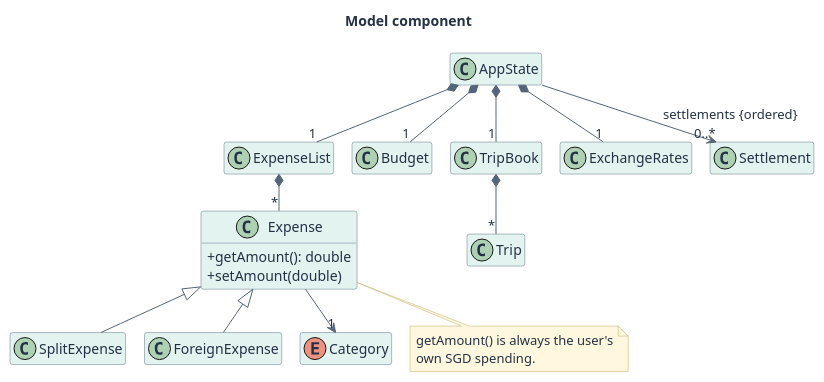
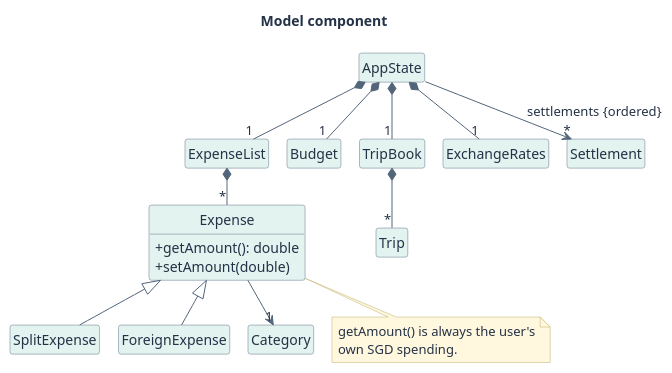
Before and after one commit to AY2627S1-CS2113-W10-1/tp: the diagram in docs/diagrams/ModelClassDiagram.puml, drawn with PlantUML. The commit also changed 18 other files, not shown here.

```diff
--- a/docs/diagrams/ModelClassDiagram.puml
+++ b/docs/diagrams/ModelClassDiagram.puml
@@ -1,44 +1,45 @@
 @startuml
 !pragma layout smetana
 skinparam backgroundColor #FFFFFF
 skinparam defaultFontColor #243247
 skinparam ArrowColor #53657A
 skinparam classBorderColor #60758A
 skinparam classBackgroundColor #E3F3EF
 skinparam classHeaderBackgroundColor #E3F3EF
 skinparam NoteBackgroundColor #FFF8DE
 skinparam NoteBorderColor #BDAA65
 skinparam shadowing false
 skinparam classAttributeIconSize 0
 hide empty members
+hide circle
 title Model component
 class AppState
 class ExpenseList
 class Expense {
   +getAmount(): double
   +setAmount(double)
 }
 class SplitExpense
 class ForeignExpense
 enum Category
 class Budget
 class TripBook
 class Trip
 class ExchangeRates
 class Settlement
 
 AppState *-- "1" ExpenseList
 AppState *-- "1" Budget
 AppState *-- "1" TripBook
 AppState *-- "1" ExchangeRates
-AppState --> "0..*" Settlement : settlements {ordered}
+AppState --> "*" Settlement : settlements {ordered} >
 ExpenseList *-- "*" Expense
 Expense <|-- SplitExpense
 Expense <|-- ForeignExpense
 Expense --> "1" Category
 TripBook *-- "*" Trip
 note bottom of Expense
   getAmount() is always the user's
   own SGD spending.
 end note
 @enduml
```
